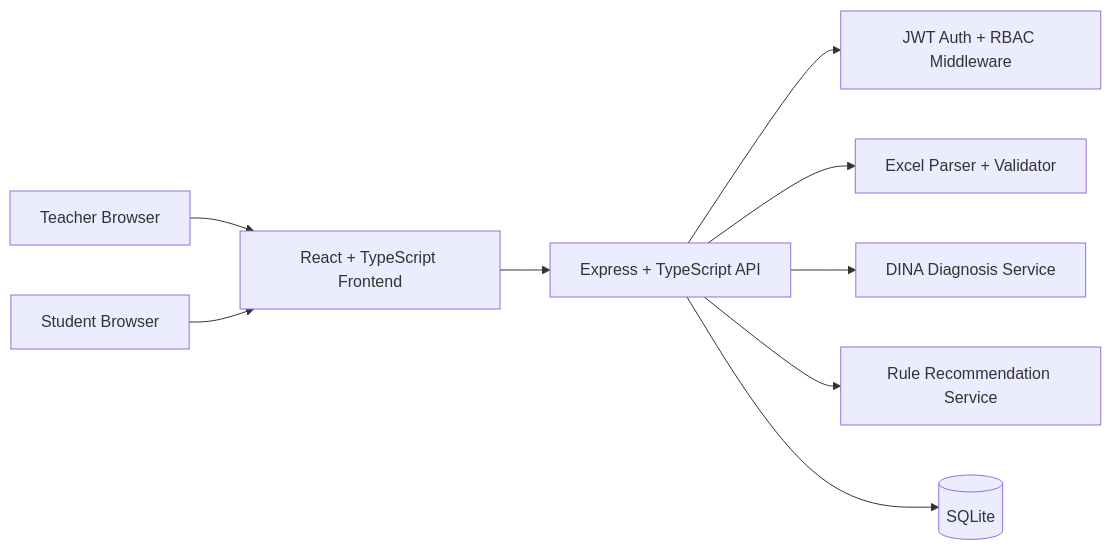
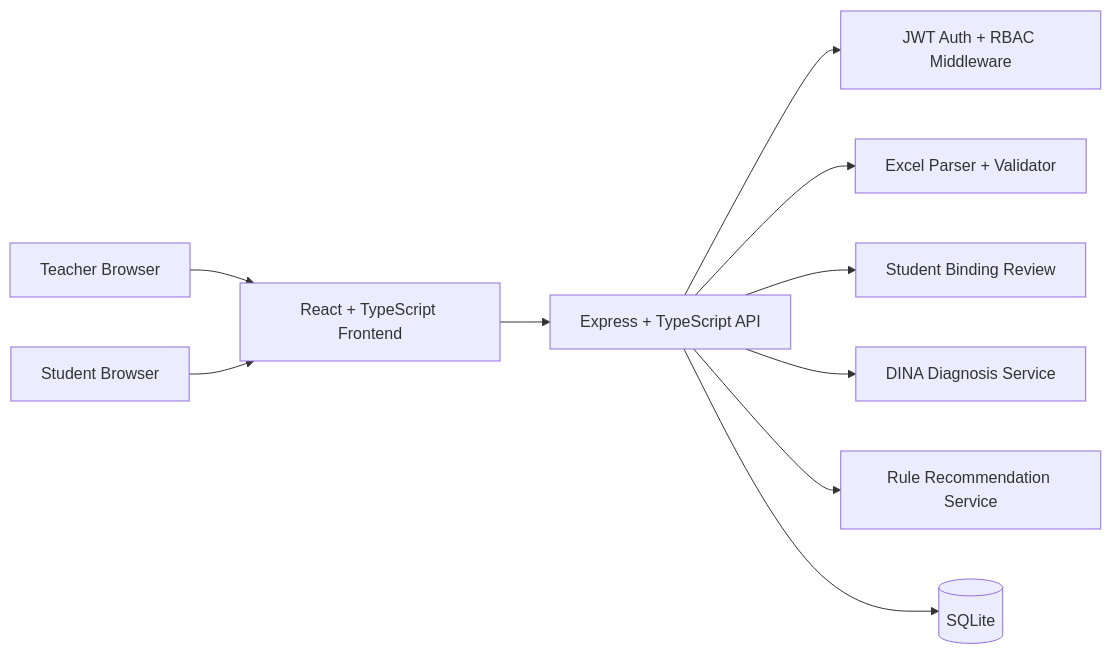
Before and after one commit to kema0669/project: the first of 5 diagrams in docs/architecture.md, drawn with Mermaid. The commit also changed other lines of this file and 15 other files, not shown here.

Commit message:
feat: add student registration approval flow

````diff
--- a/docs/architecture.md
+++ b/docs/architecture.md
@@ -30,11 +30,12 @@
 ```mermaid
 flowchart LR
     Teacher[Teacher Browser] --> Frontend[React + TypeScript Frontend]
     Student[Student Browser] --> Frontend
     Frontend --> API[Express + TypeScript API]
     API --> Auth[JWT Auth + RBAC Middleware]
     API --> Upload[Excel Parser + Validator]
+    API --> Review[Student Binding Review]
     API --> Diagnosis[DINA Diagnosis Service]
     API --> Recommend[Rule Recommendation Service]
     API --> DB[(SQLite)]
 ```
````
